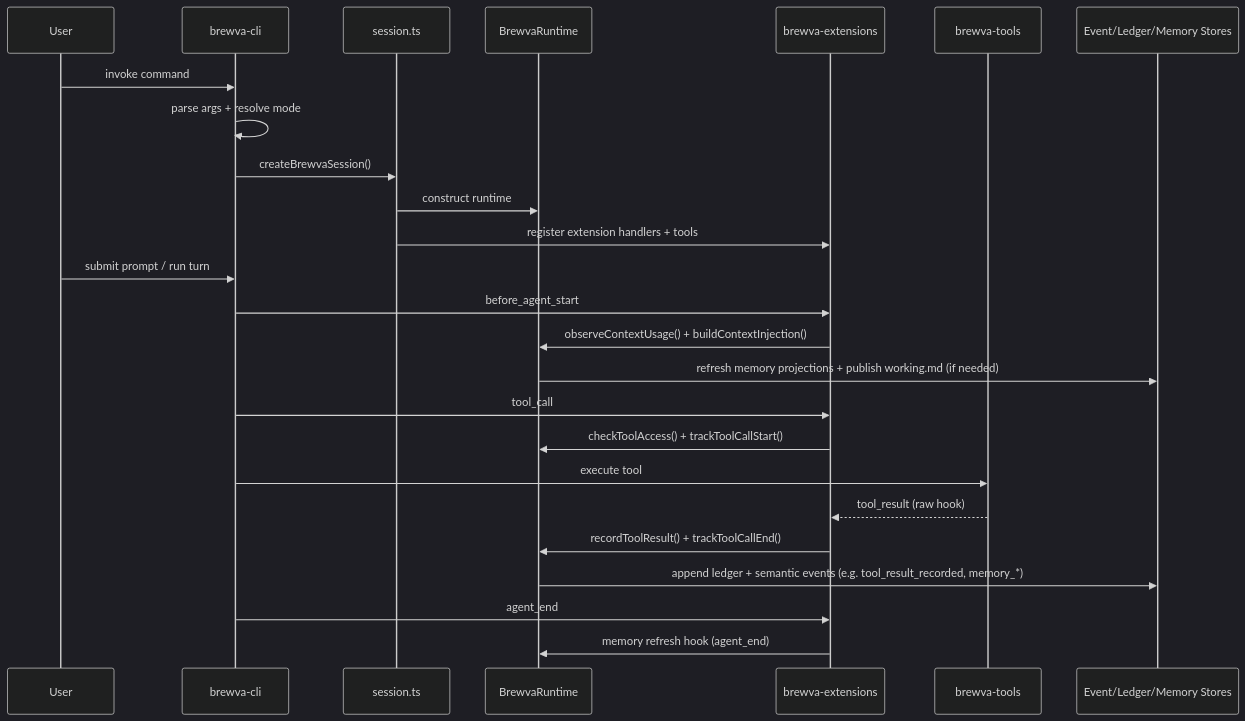
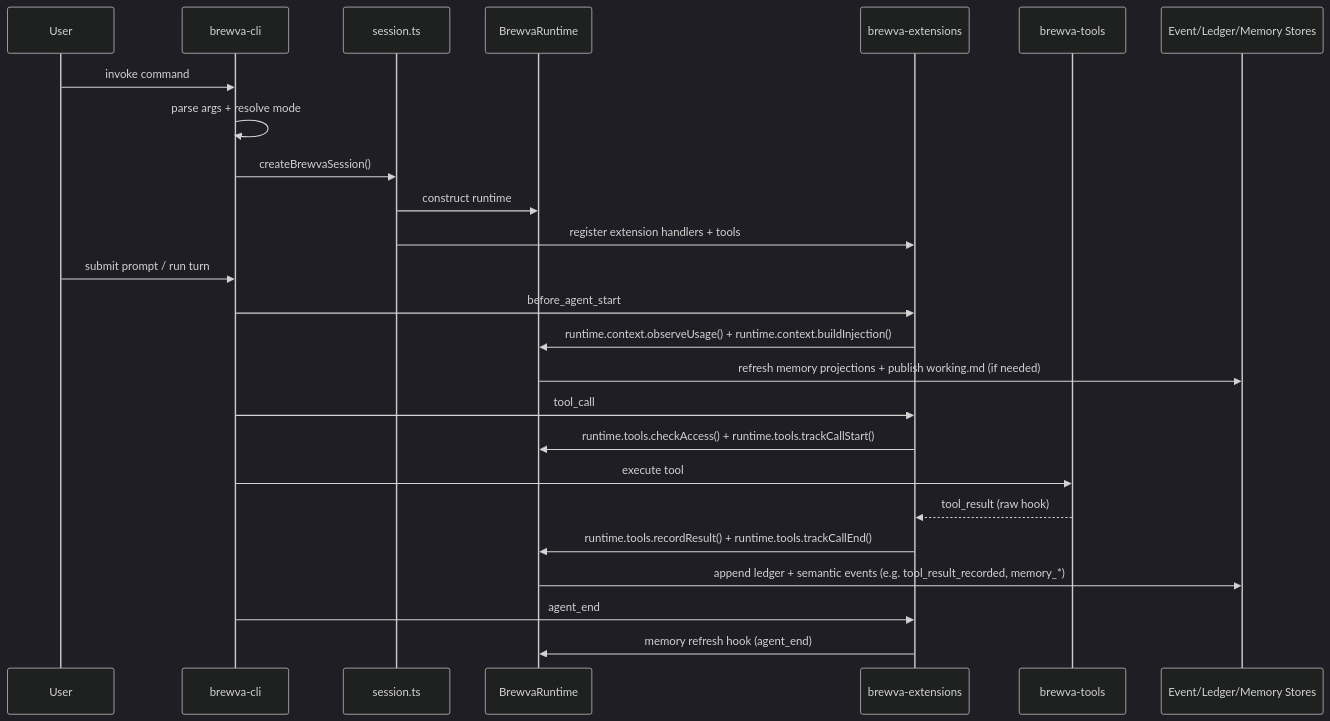
Before and after one commit to arcthur/brewva: the first of 6 diagrams in docs/architecture/control-and-data-flow.md, drawn with Mermaid (dark theme). The commit also changed other lines of this file and 23 other files, not shown here.

First line of the commit message:
docs: align documentation across architecture, guides, and reference

````diff
--- a/docs/architecture/control-and-data-flow.md
+++ b/docs/architecture/control-and-data-flow.md
@@ -8,28 +8,28 @@
 ```mermaid
 sequenceDiagram
   participant U as User
   participant CLI as brewva-cli
   participant SES as session.ts
   participant RT as BrewvaRuntime
   participant EXT as brewva-extensions
   participant TOOLS as brewva-tools
   participant STORES as Event/Ledger/Memory Stores
 
   U->>CLI: invoke command
   CLI->>CLI: parse args + resolve mode
   CLI->>SES: createBrewvaSession()
   SES->>RT: construct runtime
   SES->>EXT: register extension handlers + tools
   U->>CLI: submit prompt / run turn
   CLI->>EXT: before_agent_start
-  EXT->>RT: observeContextUsage() + buildContextInjection()
+  EXT->>RT: runtime.context.observeUsage() + runtime.context.buildInjection()
   RT->>STORES: refresh memory projections + publish working.md (if needed)
   CLI->>EXT: tool_call
-  EXT->>RT: checkToolAccess() + trackToolCallStart()
+  EXT->>RT: runtime.tools.checkAccess() + runtime.tools.trackCallStart()
   CLI->>TOOLS: execute tool
   TOOLS-->>EXT: tool_result (raw hook)
-  EXT->>RT: recordToolResult() + trackToolCallEnd()
+  EXT->>RT: runtime.tools.recordResult() + runtime.tools.trackCallEnd()
   RT->>STORES: append ledger + semantic events (e.g. tool_result_recorded, memory_*)
   CLI->>EXT: agent_end
   EXT->>RT: memory refresh hook (agent_end)
 ```
````
